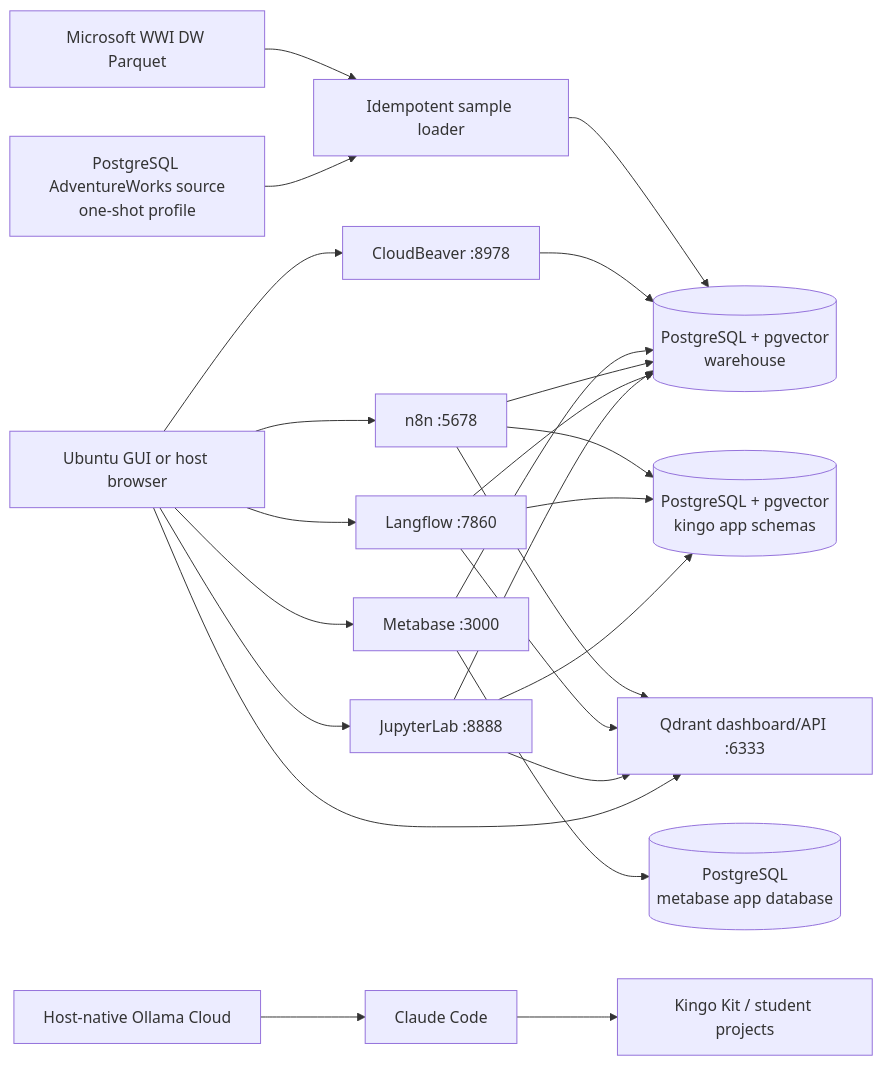
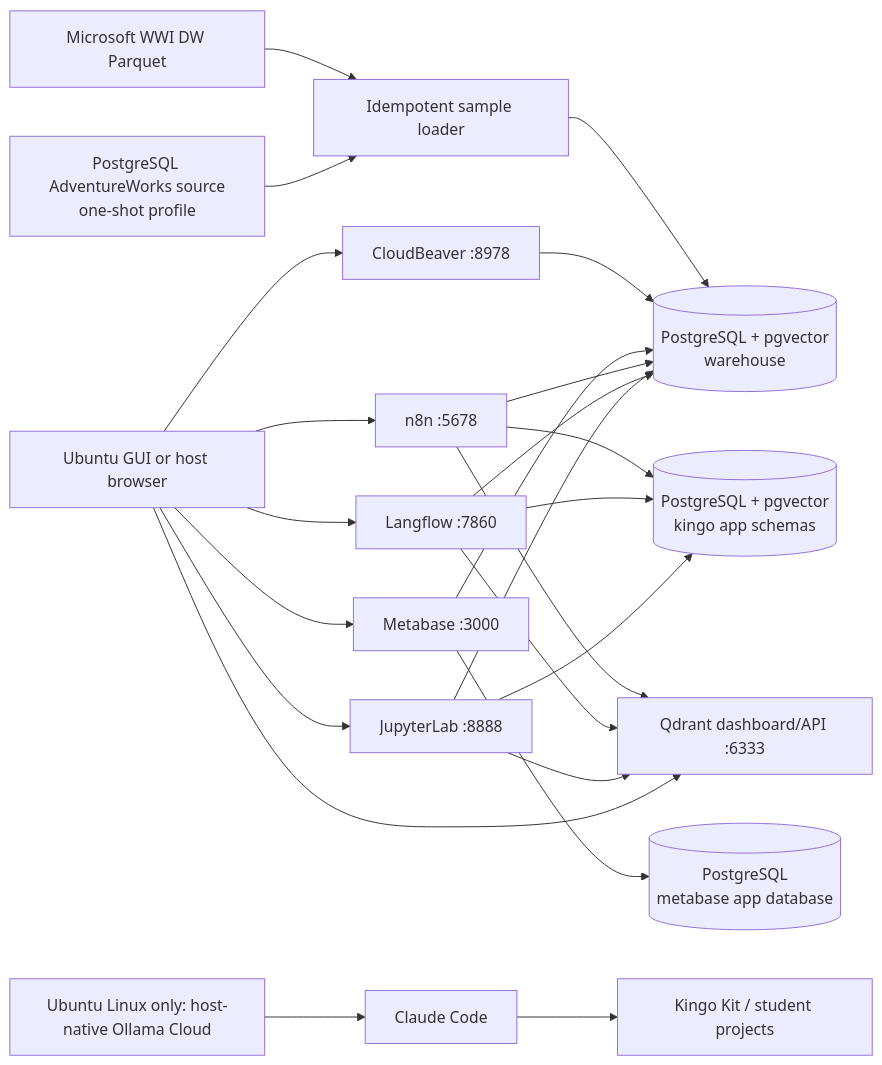
The diagram in docs/architecture.md (PimOps/kingo-kit), drawn with Mermaid before and after one commit. The commit also changed other lines of this file and 25 other files, not shown here.

````diff
--- a/docs/architecture.md
+++ b/docs/architecture.md
@@ -3,30 +3,30 @@
 ```mermaid
 flowchart LR
     Browser["Ubuntu GUI or host browser"] --> Jupyter["JupyterLab :8888"]
     Browser --> Langflow["Langflow :7860"]
     Browser --> N8N["n8n :5678"]
     Browser --> Metabase["Metabase :3000"]
     Browser --> CloudBeaver["CloudBeaver :8978"]
     Browser --> Qdrant["Qdrant dashboard/API :6333"]
 
     Jupyter --> Warehouse[("PostgreSQL + pgvector\nwarehouse")]
     Langflow --> Warehouse
     N8N --> Warehouse
     Metabase --> Warehouse
     CloudBeaver --> Warehouse
     Jupyter --> Qdrant
     Langflow --> Qdrant
     N8N --> Qdrant
 
     Jupyter --> Platform[("PostgreSQL + pgvector\nkingo app schemas")]
     Langflow --> Platform
     N8N --> Platform
     Metabase --> MetabaseDB[("PostgreSQL\nmetabase app database")]
 
     AW["PostgreSQL AdventureWorks source\none-shot profile"] --> Loader["Idempotent sample loader"]
     Azure["Microsoft WWI DW Parquet"] --> Loader
     Loader --> Warehouse
 
-    Ollama["Host-native Ollama Cloud"] --> Claude["Claude Code"]
+    Ollama["Ubuntu Linux only: host-native Ollama Cloud"] --> Claude["Claude Code"]
     Claude --> Repo["Kingo Kit / student projects"]
 ```
````
